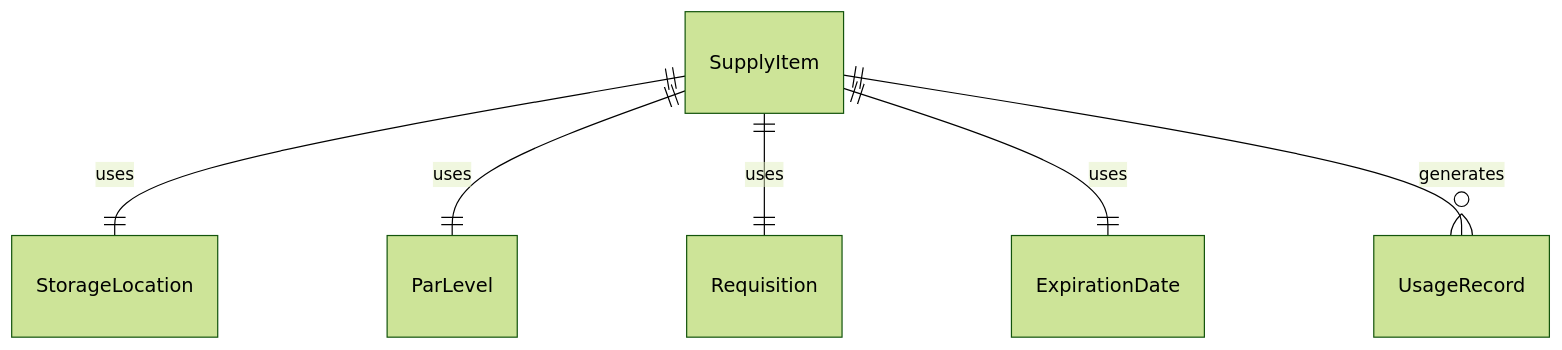
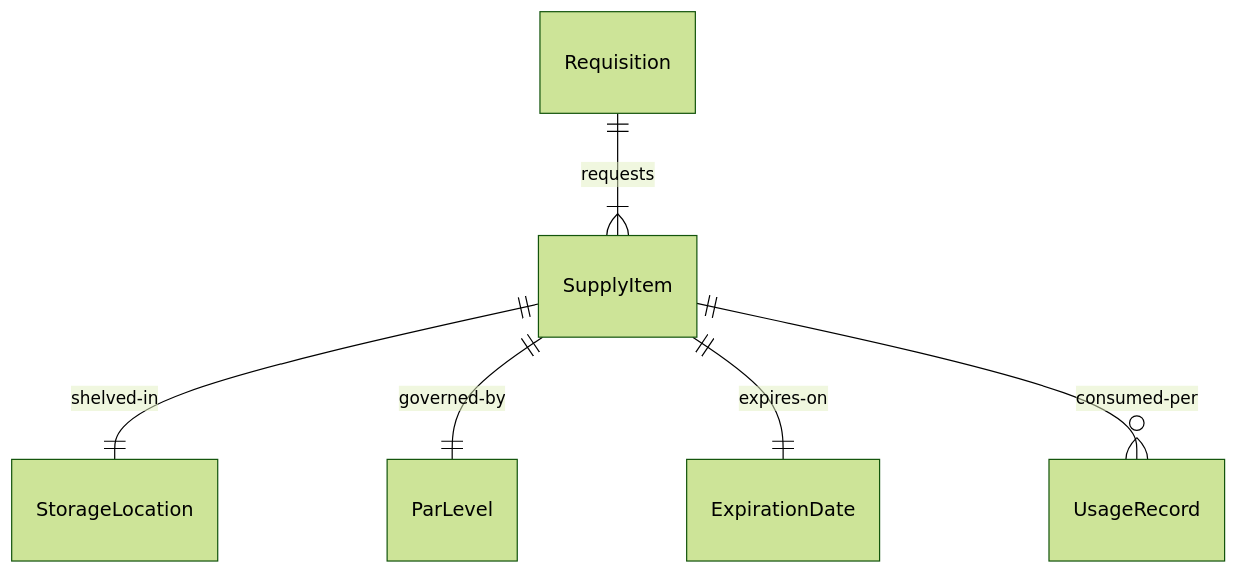
One commit to dot-org-ai/tasks.org.ai changed the first of 4 diagrams in HandlingAndMovingObjects/StockSuppliesOrProducts/StockMedicalPatientCareSupplies.mdx. Above: the diagram before and after it, drawn with Mermaid (forest theme). The commit also changed other lines of this file and 515 other files, not shown here.

````diff
--- a/HandlingAndMovingObjects/StockSuppliesOrProducts/StockMedicalPatientCareSupplies.mdx
+++ b/HandlingAndMovingObjects/StockSuppliesOrProducts/StockMedicalPatientCareSupplies.mdx
@@ -88,8 +88,8 @@
 ```mermaid
 erDiagram
-    SupplyItem ||--|| StorageLocation : "uses"
-    SupplyItem ||--|| ParLevel : "uses"
-    SupplyItem ||--|| Requisition : "uses"
-    SupplyItem ||--|| ExpirationDate : "uses"
-    SupplyItem ||--o{ UsageRecord : "generates"
+    SupplyItem ||--|| StorageLocation : "shelved-in"
+    SupplyItem ||--|| ParLevel : "governed-by"
+    Requisition ||--|{ SupplyItem : "requests"
+    SupplyItem ||--|| ExpirationDate : "expires-on"
+    SupplyItem ||--o{ UsageRecord : "consumed-per"
 ```
````
